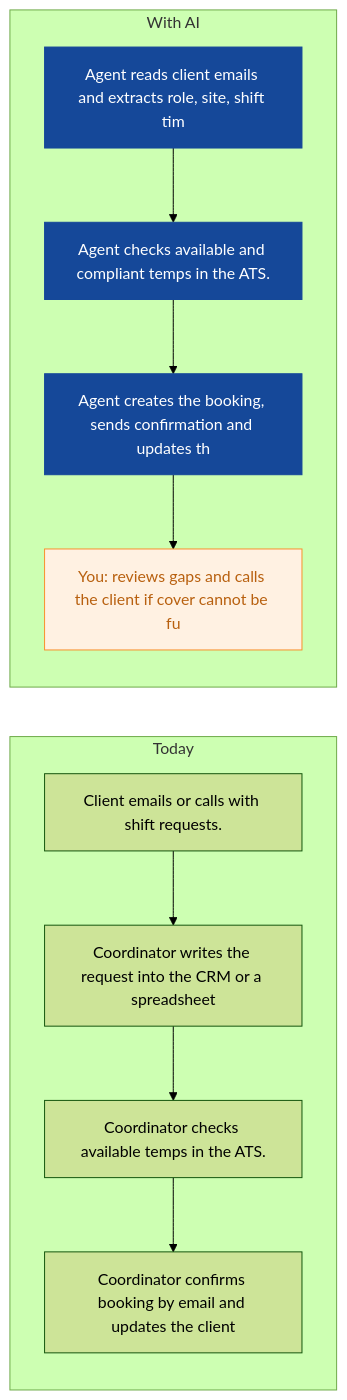
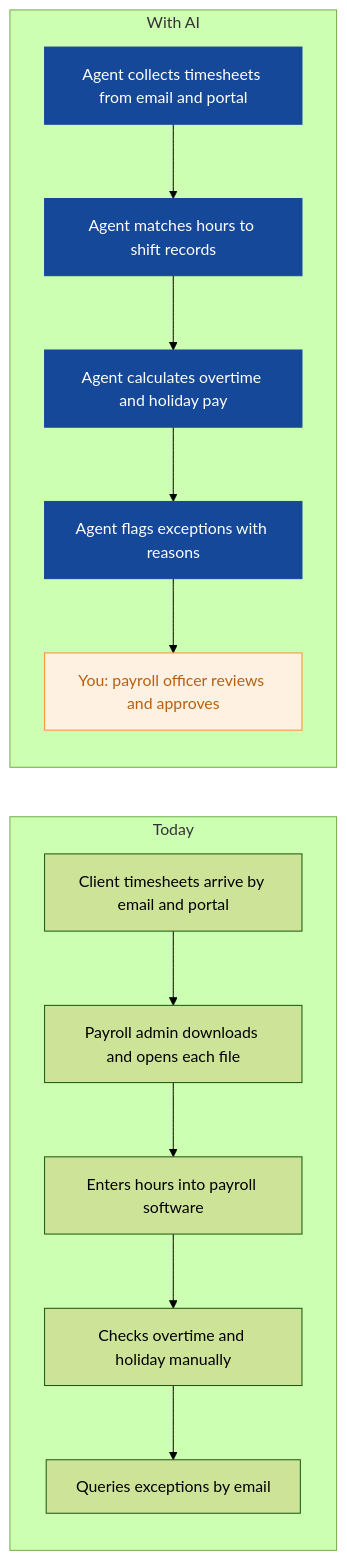
Before and after one commit to nexibeo/Complete-AI-Strategy: the fourth of 9 diagrams in strategies/cobalt-crew-recruitment.md, drawn with Mermaid (forest theme). The commit also changed other lines of this file and 26 other files, not shown here.

````diff
--- a/strategies/cobalt-crew-recruitment.md
+++ b/strategies/cobalt-crew-recruitment.md
@@ -129,21 +140,23 @@
 ```mermaid
 flowchart LR
   subgraph Today
-    B0["Client emails or calls with shift requests."]
-    B1["Coordinator writes the request into the CRM or a spreadsheet"]
-    B2["Coordinator checks available temps in the ATS."]
-    B3["Coordinator confirms booking by email and updates the client"]
-    B0 --> B1 --> B2 --> B3
+    B0["Client timesheets arrive by email and portal"]
+    B1["Payroll admin downloads and opens each file"]
+    B2["Enters hours into payroll software"]
+    B3["Checks overtime and holiday manually"]
+    B4["Queries exceptions by email"]
+    B0 --> B1 --> B2 --> B3 --> B4
   end
   subgraph WithAI[With AI]
-    A0["Agent reads client emails and extracts role, site, shift tim"]
-    A1["Agent checks available and compliant temps in the ATS."]
-    A2["Agent creates the booking, sends confirmation and updates th"]
-    A3["You: reviews gaps and calls the client if cover cannot be fu"]
-    A0 --> A1 --> A2 --> A3
+    A0["Agent collects timesheets from email and portal"]
+    A1["Agent matches hours to shift records"]
+    A2["Agent calculates overtime and holiday pay"]
+    A3["Agent flags exceptions with reasons"]
+    A4["You: payroll officer reviews and approves"]
+    A0 --> A1 --> A2 --> A3 --> A4
   end
   classDef ai fill:#154899,color:#fff,stroke:#154899
   classDef human fill:#FFF1E2,color:#B8600F,stroke:#F98F2C
-  class A0,A1,A2 ai
-  class A3 human
+  class A0,A1,A2,A3 ai
+  class A4 human
 ```
````
